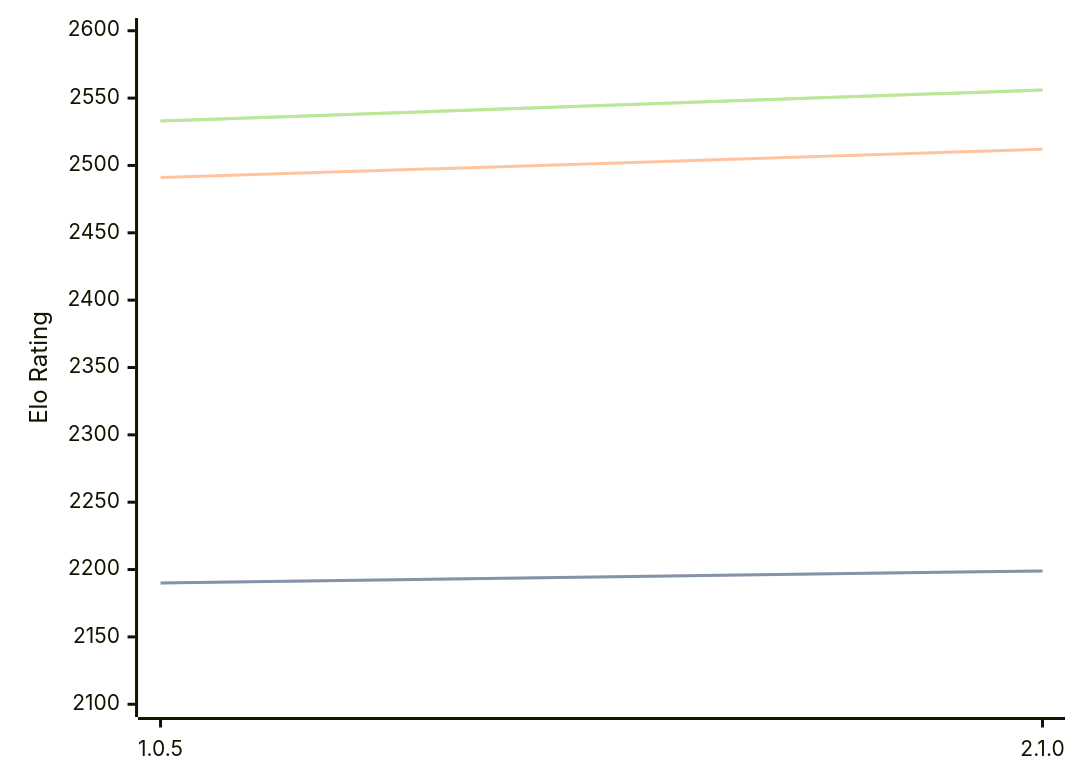
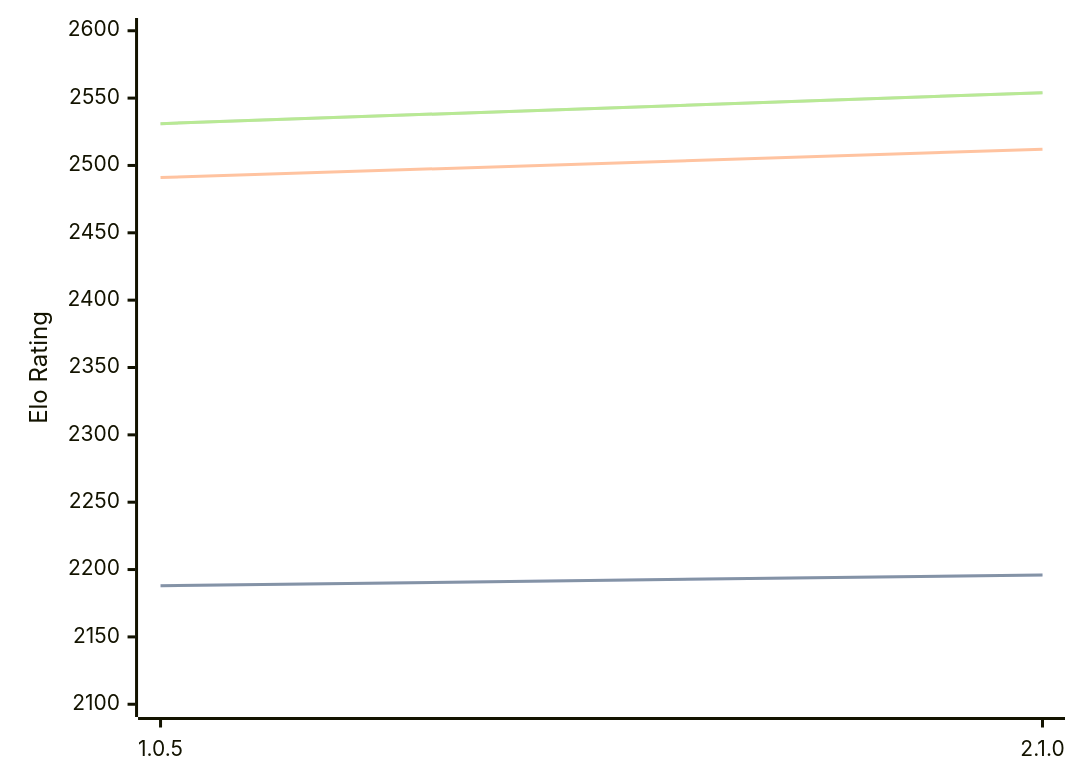
One commit to computer-chess-index/cci changed the diagram in engines/Ruffian.md. Above: the diagram before and after it, drawn with Mermaid. The commit also changed other lines of this file, not shown here.

Commit message:
Update CCI Ratings (ELO VLTC) - 2026-03-07

````diff
--- a/engines/Ruffian.md
+++ b/engines/Ruffian.md
@@ -30,11 +30,11 @@
 ```mermaid
 %%{init: {"theme":"base","themeVariables":{"seriesColors:['#a3a3a3','#222221','#faa371']}}}%%
 xychart-beta
   x-axis ["1.0.5", "2.1.0"]
   y-axis "Elo Rating" 2100 --> 2600
-  line "STC (8.0+0.08s)" [2190, 2199]
-  line "STC (8.0+0.08s)" [2190, 2199]
+  line "STC (8.0+0.08s)" [2188, 2196]
+  line "STC (8.0+0.08s)" [2188, 2196]
   line "LTC (60.0+0.60s)" [2491, 2512]
-  line "VLTC (2m24s+1.12s)" [2533, 2556]
-  line "VLTC (2m24s+1.12s)" [2533, 2556]
+  line "VLTC (2m24s+1.12s)" [2531, 2554]
+  line "VLTC (2m24s+1.12s)" [2531, 2554]
 ```
````
